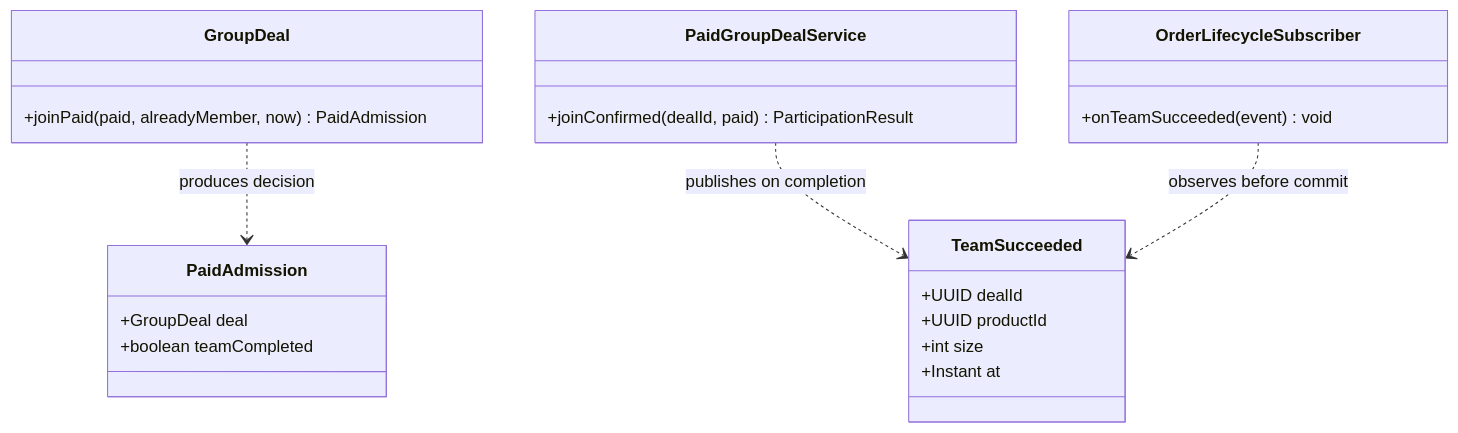
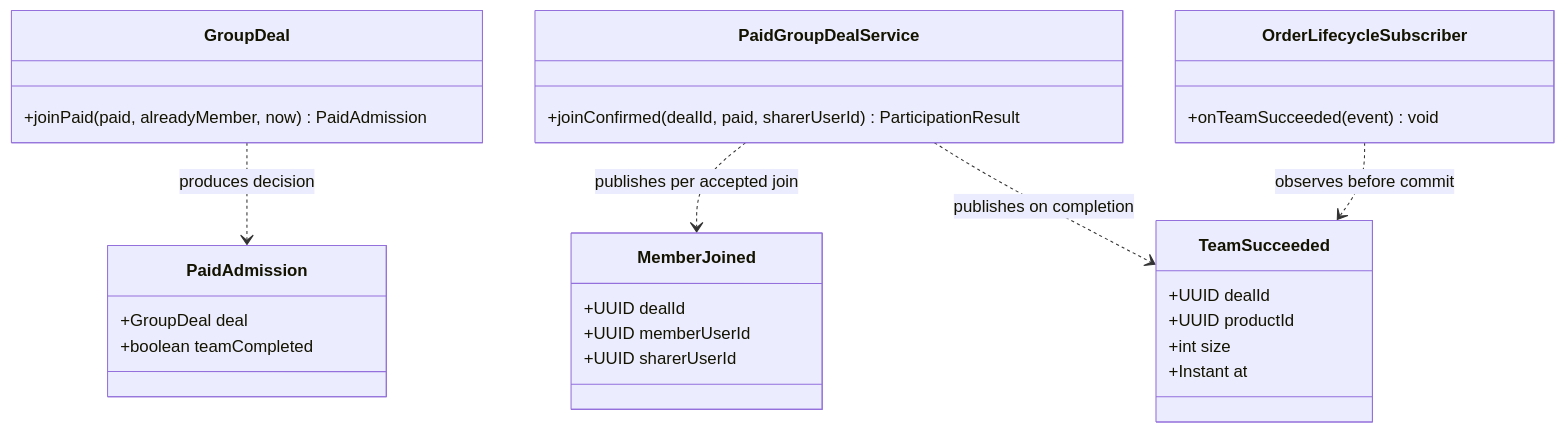
Before and after one commit to PPsyrius/iss-groupbuy-team8: the first of 5 diagrams in backend/docs/design/paid-group-participation.md, drawn with Mermaid. The commit also changed other lines of this file and 2 other files, not shown here.

Commit message:
docs(design): bring paid-group-participation up to date after #424

````diff
--- a/backend/docs/design/paid-group-participation.md
+++ b/backend/docs/design/paid-group-participation.md
@@ -54,25 +53,31 @@
 ```mermaid
 classDiagram
     class GroupDeal {
         +joinPaid(paid, alreadyMember, now) PaidAdmission
+    }
+    class MemberJoined {
+        +UUID dealId
+        +UUID memberUserId
+        +UUID sharerUserId
     }
     class PaidAdmission {
         +GroupDeal deal
         +boolean teamCompleted
     }
     class PaidGroupDealService {
-        +joinConfirmed(dealId, paid) ParticipationResult
+        +joinConfirmed(dealId, paid, sharerUserId) ParticipationResult
     }
     class TeamSucceeded {
         +UUID dealId
         +UUID productId
         +int size
         +Instant at
     }
     class OrderLifecycleSubscriber {
         +onTeamSucceeded(event) void
     }
     GroupDeal ..> PaidAdmission : produces decision
+    PaidGroupDealService ..> MemberJoined : publishes per accepted join
     PaidGroupDealService ..> TeamSucceeded : publishes on completion
     OrderLifecycleSubscriber ..> TeamSucceeded : observes before commit
 ```
````
